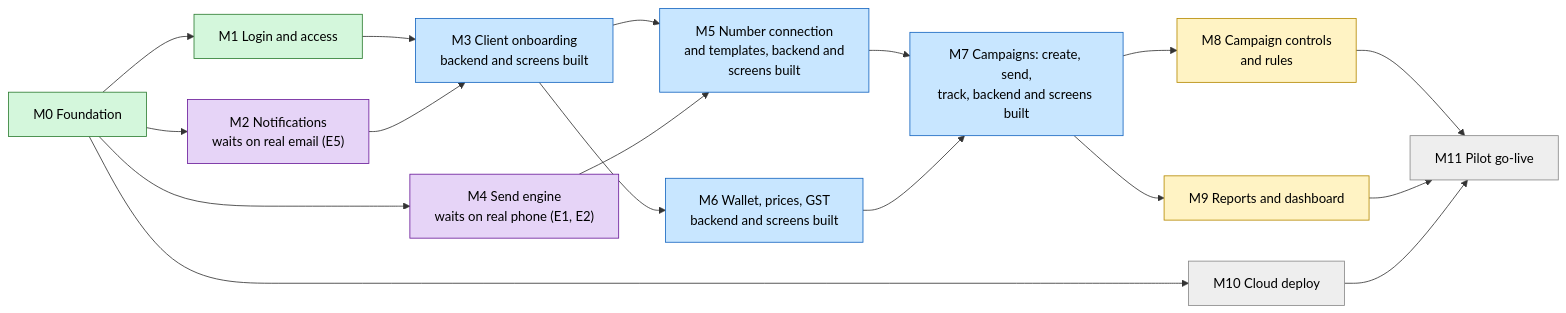
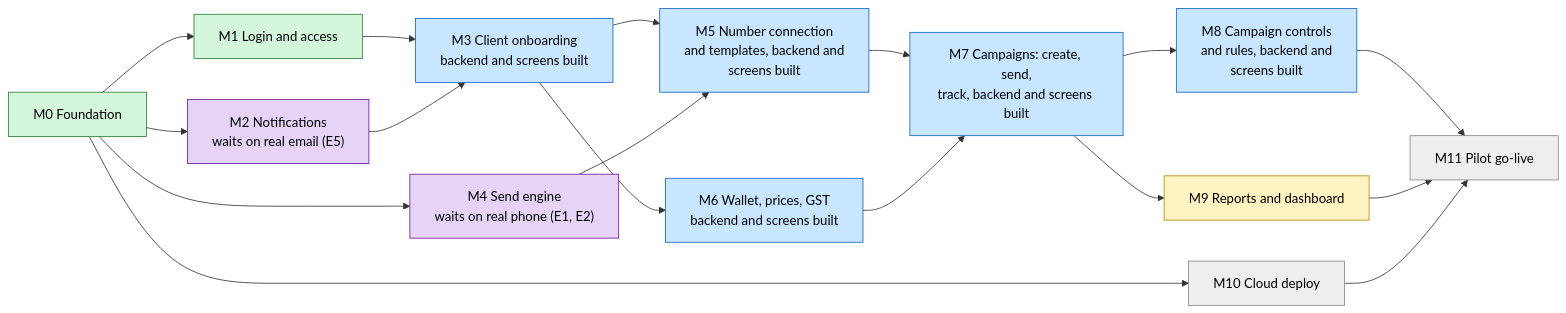
Before and after one commit to reaplift/reaplift-bsp: the diagram in docs/project-tracker.md, drawn with Mermaid. The commit also changed other lines of this file and 14 other files, not shown here.

First line of the commit message:
feat(m8): campaign controls, schedule, Rules and campaign diagnosis screens

````diff
--- a/docs/project-tracker.md
+++ b/docs/project-tracker.md
@@ -19,38 +19,38 @@
 ```mermaid
 flowchart LR
   M0["M0 Foundation"]:::done
   M1["M1 Login and access"]:::done
   M2["M2 Notifications<br/>waits on real email (E5)"]:::waiting
   M3["M3 Client onboarding<br/>backend and screens built"]:::review
   M4["M4 Send engine<br/>waits on real phone (E1, E2)"]:::waiting
   M5["M5 Number connection<br/>and templates, backend and<br/>screens built"]:::review
   M6["M6 Wallet, prices, GST<br/>backend and screens built"]:::review
   M7["M7 Campaigns: create, send,<br/>track, backend and screens built"]:::review
-  M8["M8 Campaign controls<br/>and rules"]:::backend
+  M8["M8 Campaign controls<br/>and rules, backend and<br/>screens built"]:::review
   M9["M9 Reports and dashboard"]:::backend
   M10["M10 Cloud deploy"]:::todo
   M11["M11 Pilot go-live"]:::todo
 
   M0 --> M1
   M0 --> M2
   M0 --> M4
   M0 --> M10
   M1 --> M3
   M2 --> M3
   M3 --> M5
   M4 --> M5
   M3 --> M6
   M5 --> M7
   M6 --> M7
   M7 --> M8
   M7 --> M9
   M8 --> M11
   M9 --> M11
   M10 --> M11
 
   classDef done fill:#d4f7dc,stroke:#2e7d32,color:#000
   classDef review fill:#c8e6ff,stroke:#1565c0,color:#000
   classDef waiting fill:#e6d4f7,stroke:#6a1b9a,color:#000
   classDef backend fill:#fff3c4,stroke:#b58900,color:#000
   classDef todo fill:#eeeeee,stroke:#888,color:#000
 ```
````
